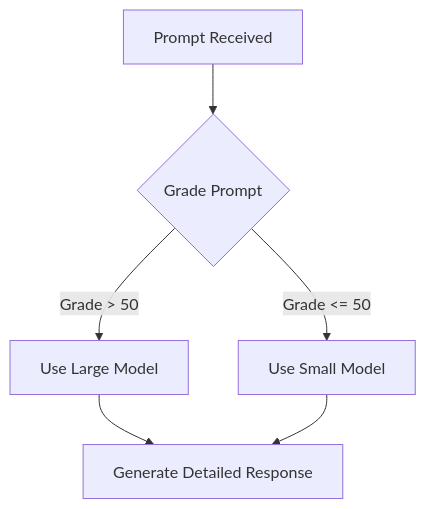
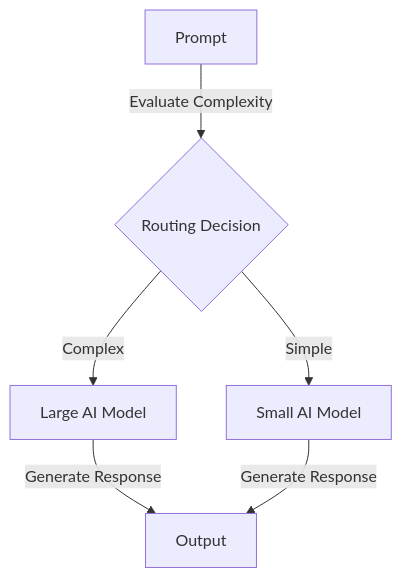
One commit to reeawnc/cloudflare changed the second of 2 diagrams in apps/routing/README.md. Above: the diagram before and after it, drawn with Mermaid. The commit also changed other lines of this file and 18 other files, not shown here.

````diff
--- a/apps/routing/README.md
+++ b/apps/routing/README.md
@@ -81,8 +97,8 @@
 ```mermaid
 graph TD;
-    A[Prompt Received] --> B{Grade Prompt}
-    B -->|Grade > 50| C[Use Large Model]
-    B -->|Grade <= 50| D[Use Small Model]
-    C --> E[Generate Detailed Response]
-    D --> E
+    A[Prompt] -->|Evaluate Complexity| B{Routing Decision}
+    B -->|Complex| C[Large AI Model]
+    B -->|Simple| D[Small AI Model]
+    C -->|Generate Response| E[Output]
+    D -->|Generate Response| E[Output]
 ```
````
